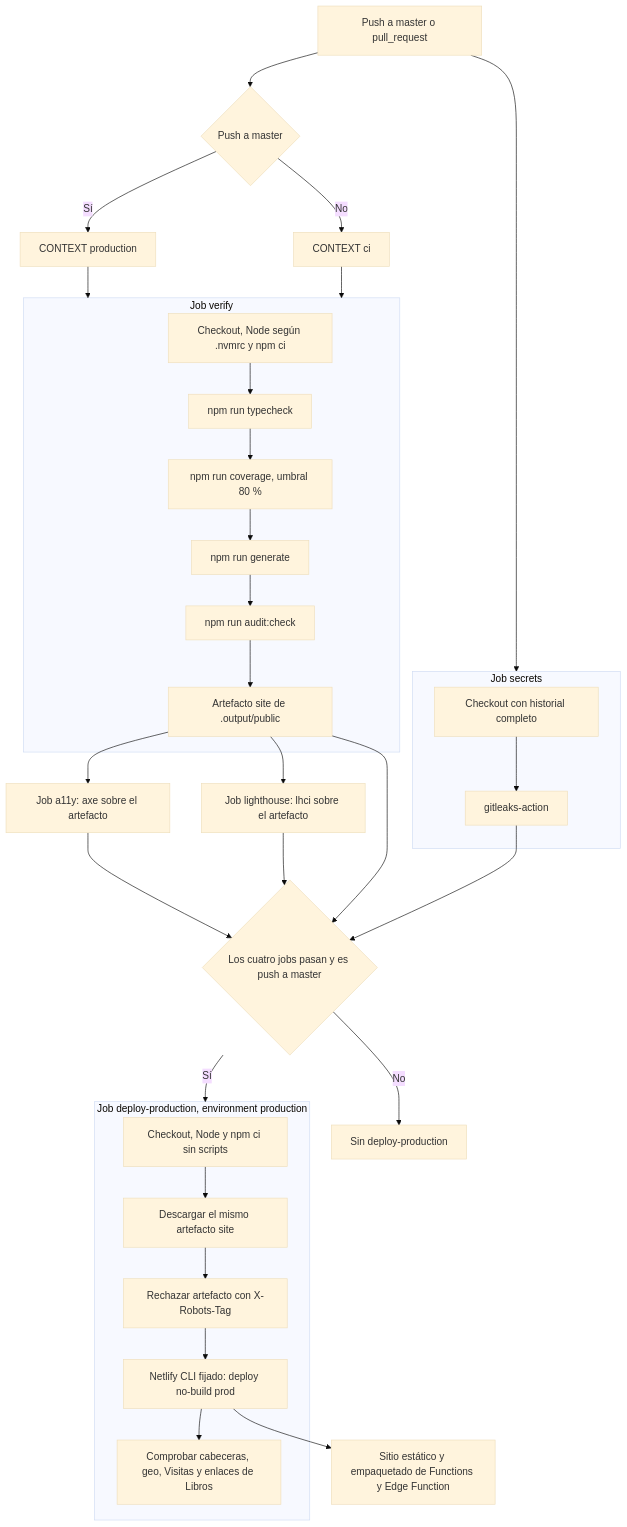
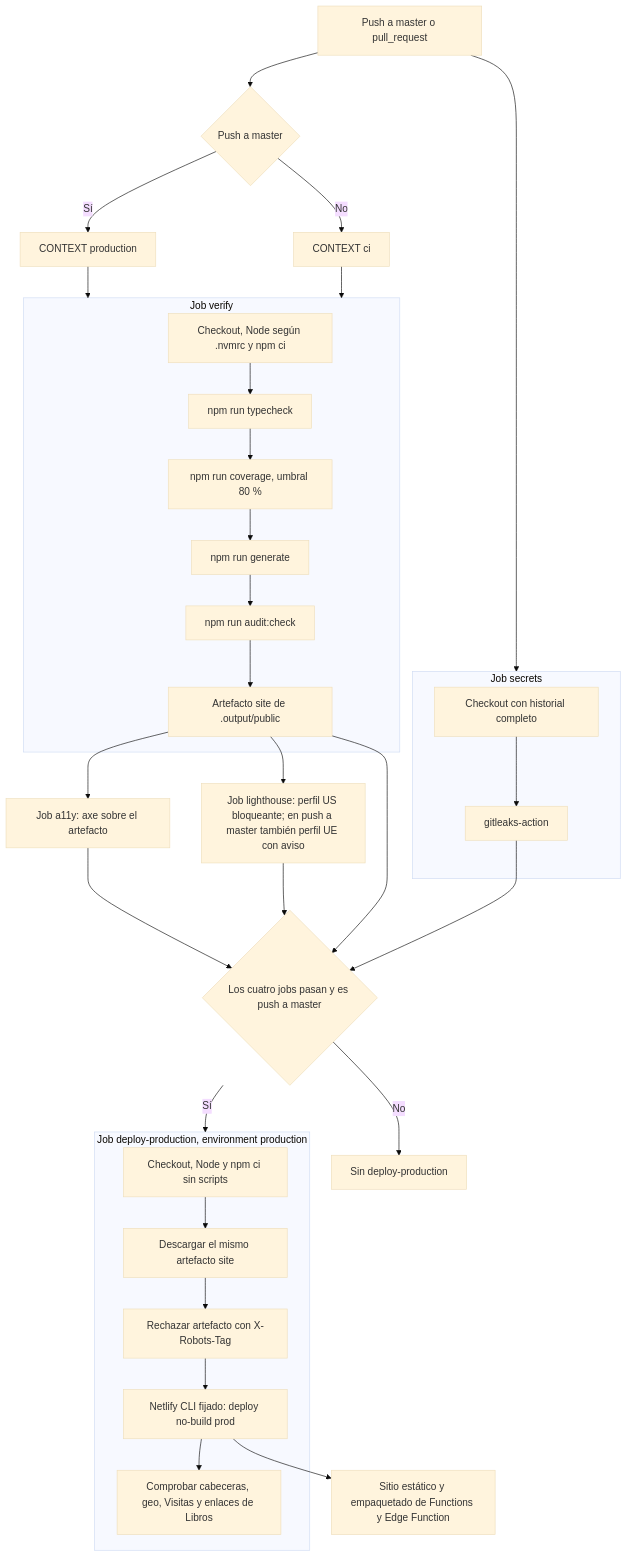
One commit to mauriz3/my-cv changed the diagram in docs/despliegue.md. Above: the diagram before and after it, drawn with Mermaid (base theme). The commit also changed 2 other files, not shown here.

Commit message:
docs: alinea docs con la PR #57 (perfil Lighthouse UE)

````diff
--- a/docs/despliegue.md
+++ b/docs/despliegue.md
@@ -10,34 +10,34 @@
 ```mermaid
 flowchart TD
   Evento[Push a master o pull_request] --> Contexto{Push a master}
   Contexto -->|Sí| Produccion[CONTEXT production]
   Contexto -->|No| CIContext[CONTEXT ci]
   Produccion --> Verify
   CIContext --> Verify
   Evento --> Secrets
   subgraph Verify[Job verify]
     Install[Checkout, Node según .nvmrc y npm ci] --> Typecheck[npm run typecheck]
     Typecheck --> Coverage[npm run coverage, umbral 80 %]
     Coverage --> Generate[npm run generate]
     Generate --> Audit[npm run audit:check]
     Audit --> Artifact[Artefacto site de .output/public]
   end
   subgraph Secrets[Job secrets]
     History[Checkout con historial completo] --> Gitleaks[gitleaks-action]
   end
   Artifact --> A11y[Job a11y: axe sobre el artefacto]
-  Artifact --> Lighthouse[Job lighthouse: lhci sobre el artefacto]
+  Artifact --> Lighthouse[Job lighthouse: perfil US bloqueante; en push a master también perfil UE con aviso]
   A11y --> Gate{Los cuatro jobs pasan y es push a master}
   Lighthouse --> Gate
   Artifact --> Gate
   Gitleaks --> Gate
   Gate -->|No| Fin[Sin deploy-production]
   Gate -->|Sí| Deploy
   subgraph Deploy[Job deploy-production, environment production]
     Code[Checkout, Node y npm ci sin scripts] --> Download[Descargar el mismo artefacto site]
     Download --> Check[Rechazar artefacto con X-Robots-Tag]
     Check --> Publish[Netlify CLI fijado: deploy no-build prod]
     Publish --> Smoke[Comprobar cabeceras, geo, Visitas y enlaces de Libros]
   end
   Publish --> Netlify[Sitio estático y empaquetado de Functions y Edge Function]
 ```
````
